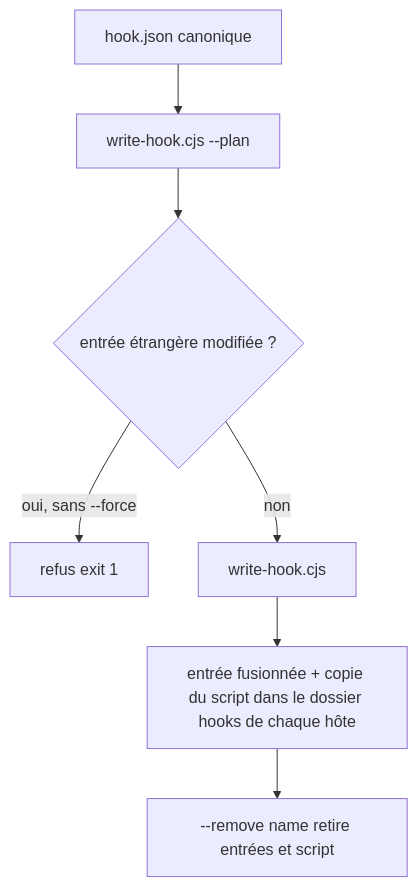
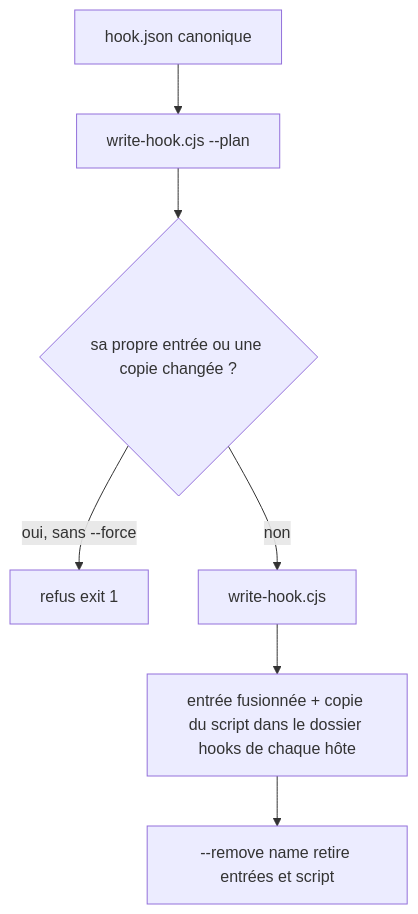
Before and after one commit to ai-driven-dev/framework: the first of 2 diagrams in aidd_docs/tasks/2026_11/2026_11_15_hook-generate-native/phase-1.md, drawn with Mermaid. The commit also changed other lines of this file and 2 other files, not shown here.

````diff
--- a/aidd_docs/tasks/2026_11/2026_11_15_hook-generate-native/phase-1.md
+++ b/aidd_docs/tasks/2026_11/2026_11_15_hook-generate-native/phase-1.md
@@ -21,9 +21,9 @@
 ```mermaid
 flowchart TD
   A[hook.json canonique] --> B[write-hook.cjs --plan]
-  B --> C{entrée étrangère modifiée ?}
+  B --> C{sa propre entrée ou une copie changée ?}
   C -->|oui, sans --force| D[refus exit 1]
   C -->|non| E[write-hook.cjs]
   E --> F[entrée fusionnée + copie du script dans le dossier hooks de chaque hôte]
   F --> G[--remove name retire entrées et script]
 ```
````
